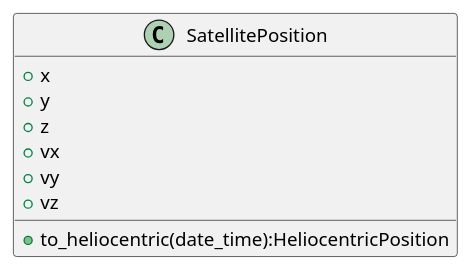
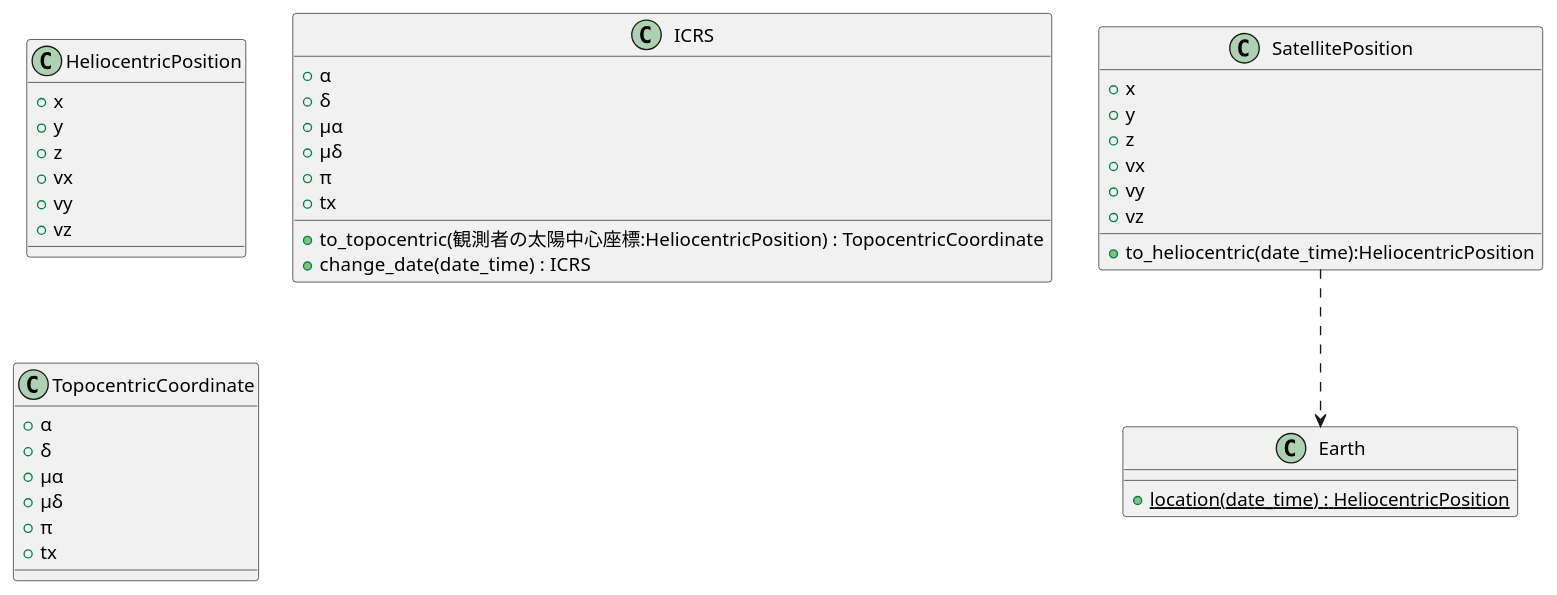
Before and after one commit to e-yamane/uml: the diagram in jasmine_position.md, drawn with PlantUML.

````diff
--- a/jasmine_position.md
+++ b/jasmine_position.md
@@ -3,14 +3,50 @@
 ```uml
 @startuml
+
+SatellitePosition ..> Earth
 
 class SatellitePosition {
   + x
   + y
   + z
   + vx
   + vy
   + vz
   + to_heliocentric(date_time):HeliocentricPosition
 }
+
+class HeliocentricPosition {
+  + x
+  + y
+  + z
+  + vx
+  + vy
+  + vz
+}
+
+class ICRS {
+  + α
+  + δ
+  + μα
+  + μδ
+  + π
+  + tx
+  + to_topocentric(観測者の太陽中心座標:HeliocentricPosition) : TopocentricCoordinate
+  + change_date(date_time) :  ICRS
+}
+
+class TopocentricCoordinate {
+  + α
+  + δ
+  + μα
+  + μδ
+  + π
+  + tx
+}
+
+class Earth {
+  + {static} location(date_time) : HeliocentricPosition
+}
+
 @enduml
 ```
````
